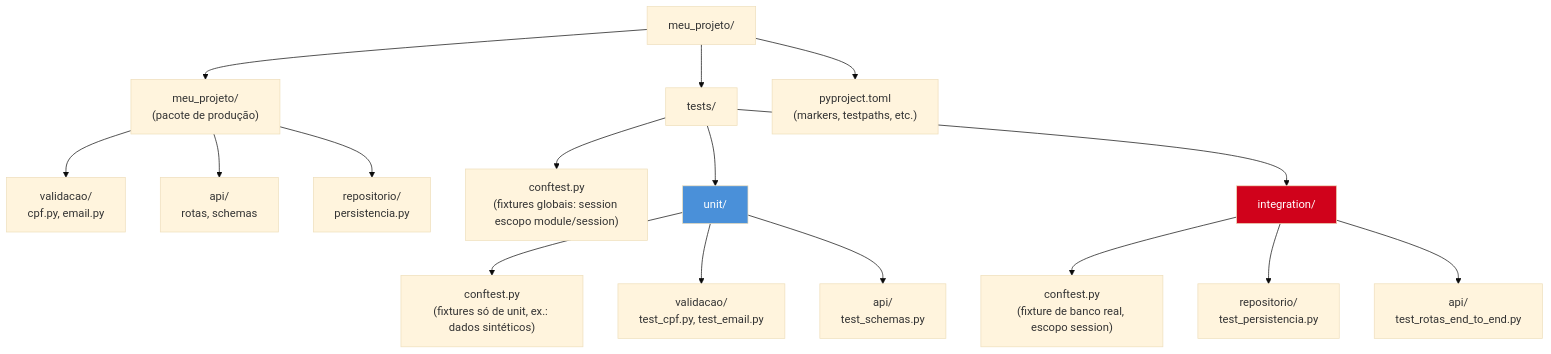
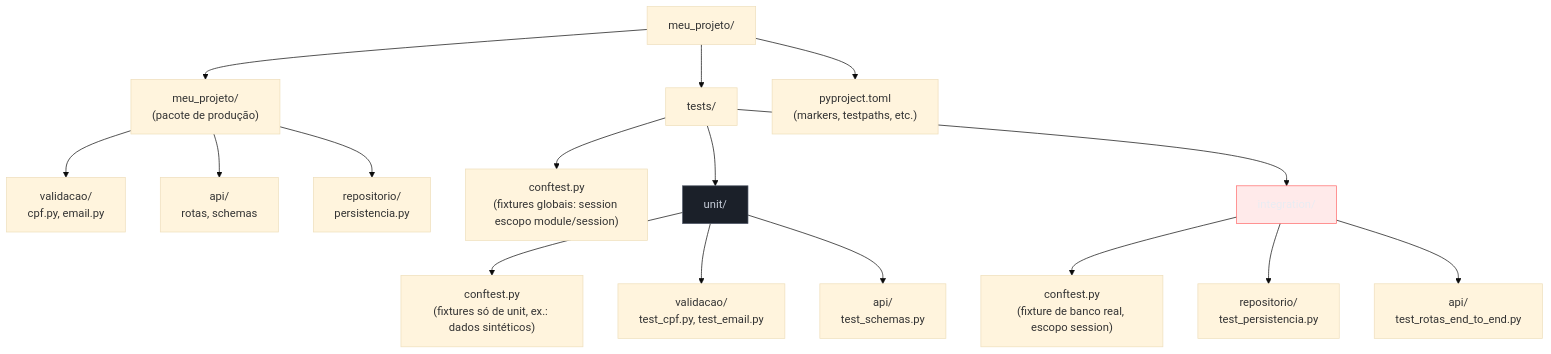
One commit to josenaldo/codex-technomanticus changed the second of 2 diagrams in 03-Dominios/Tecnologia/Python/Testes/03 - Parametrização e organização de suíte.md. Above: the diagram before and after it, drawn with Mermaid (base theme). The commit also changed other lines of this file and 1181 other files, not shown here.

First line of the commit message:
fix(diagramas): paleta do sistema no lugar de cor cravada no markdown

````diff
--- a/03-Dominios/Tecnologia/Python/Testes/03 - Parametrização e organização de suíte.md
+++ b/03-Dominios/Tecnologia/Python/Testes/03 - Parametrização e organização de suíte.md
@@ -335,25 +337,27 @@
 ```mermaid
 flowchart TD
+    classDef neutro fill:#1B2029,stroke:#4E5666,color:#C6CCD8
+    classDef falha fill:#FF6B6B24,stroke:#FF6B6B,color:#E9ECF2
     ROOT["meu_projeto/"] --> SRC["meu_projeto/<br/>(pacote de produção)"]
     ROOT --> TESTS["tests/"]
     ROOT --> CONF["pyproject.toml<br/>(markers, testpaths, etc.)"]
 
     SRC --> VALIDACAO["validacao/<br/>cpf.py, email.py"]
     SRC --> API["api/<br/>rotas, schemas"]
     SRC --> REPO["repositorio/<br/>persistencia.py"]
 
     TESTS --> TCONF["conftest.py<br/>(fixtures globais: session escopo module/session)"]
     TESTS --> UNIT["unit/"]
     TESTS --> INTEG["integration/"]
 
     UNIT --> UCONF["conftest.py<br/>(fixtures só de unit, ex.: dados sintéticos)"]
     UNIT --> UVALID["validacao/<br/>test_cpf.py, test_email.py"]
     UNIT --> UAPI["api/<br/>test_schemas.py"]
 
     INTEG --> ICONF["conftest.py<br/>(fixture de banco real, escopo session)"]
     INTEG --> IREPO["repositorio/<br/>test_persistencia.py"]
     INTEG --> IAPI["api/<br/>test_rotas_end_to_end.py"]
 
-    style UNIT fill:#4A90D9,color:#fff
-    style INTEG fill:#D0021B,color:#fff
+    class UNIT neutro
+    class INTEG falha
 ```
````
